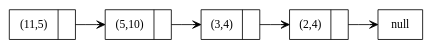
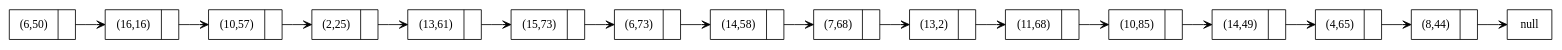
The diagram in scoreBoard.dot (Renato776/EDD_1S2019_P1_201709244), drawn with Graphviz before and after one commit. The commit also changed 14 other files, not shown here.

```diff
--- a/scoreBoard.dot
+++ b/scoreBoard.dot
@@ -1,10 +1,32 @@
 digraph foo { rankdir=LR; node [shape=record];n2[label = "null"]
-s0[label="{ <data> (11,5) | <ref>  }"];
+s0[label="{ <data> (6,50) | <ref>  }"];
 s0:ref -> s1 [arrowhead=vee, tailclip=false, arrowtail = vee];
-s1[label="{ <data> (5,10) | <ref>  }"];
+s1[label="{ <data> (16,16) | <ref>  }"];
 s1:ref -> s2 [arrowhead=vee, tailclip=false, arrowtail = vee];
-s2[label="{ <data> (3,4) | <ref>  }"];
+s2[label="{ <data> (10,57) | <ref>  }"];
 s2:ref -> s3 [arrowhead=vee, tailclip=false, arrowtail = vee];
-s3[label="{ <data> (2,4) | <ref>  }"];
-s3:ref -> n2      [arrowhead=vee, tailclip=false,arrowtail = vee];
+s3[label="{ <data> (2,25) | <ref>  }"];
+s3:ref -> s4 [arrowhead=vee, tailclip=false, arrowtail = vee];
+s4[label="{ <data> (13,61) | <ref>  }"];
+s4:ref -> s5 [arrowhead=vee, tailclip=false, arrowtail = vee];
+s5[label="{ <data> (15,73) | <ref>  }"];
+s5:ref -> s6 [arrowhead=vee, tailclip=false, arrowtail = vee];
+s6[label="{ <data> (6,73) | <ref>  }"];
+s6:ref -> s7 [arrowhead=vee, tailclip=false, arrowtail = vee];
+s7[label="{ <data> (14,58) | <ref>  }"];
+s7:ref -> s8 [arrowhead=vee, tailclip=false, arrowtail = vee];
+s8[label="{ <data> (7,68) | <ref>  }"];
+s8:ref -> s9 [arrowhead=vee, tailclip=false, arrowtail = vee];
+s9[label="{ <data> (13,2) | <ref>  }"];
+s9:ref -> s10 [arrowhead=vee, tailclip=false, arrowtail = vee];
+s10[label="{ <data> (11,68) | <ref>  }"];
+s10:ref -> s11 [arrowhead=vee, tailclip=false, arrowtail = vee];
+s11[label="{ <data> (10,85) | <ref>  }"];
+s11:ref -> s12 [arrowhead=vee, tailclip=false, arrowtail = vee];
+s12[label="{ <data> (14,49) | <ref>  }"];
+s12:ref -> s13 [arrowhead=vee, tailclip=false, arrowtail = vee];
+s13[label="{ <data> (4,65) | <ref>  }"];
+s13:ref -> s14 [arrowhead=vee, tailclip=false, arrowtail = vee];
+s14[label="{ <data> (8,44) | <ref>  }"];
+s14:ref -> n2      [arrowhead=vee, tailclip=false,arrowtail = vee];
 }
```
